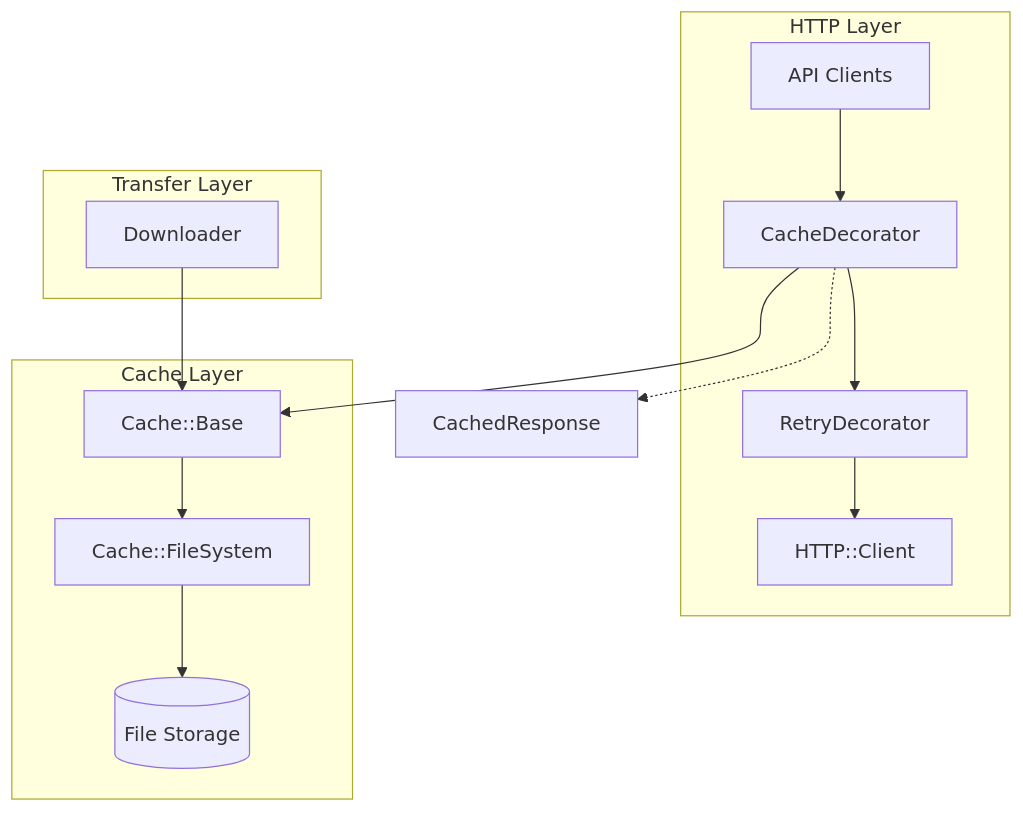
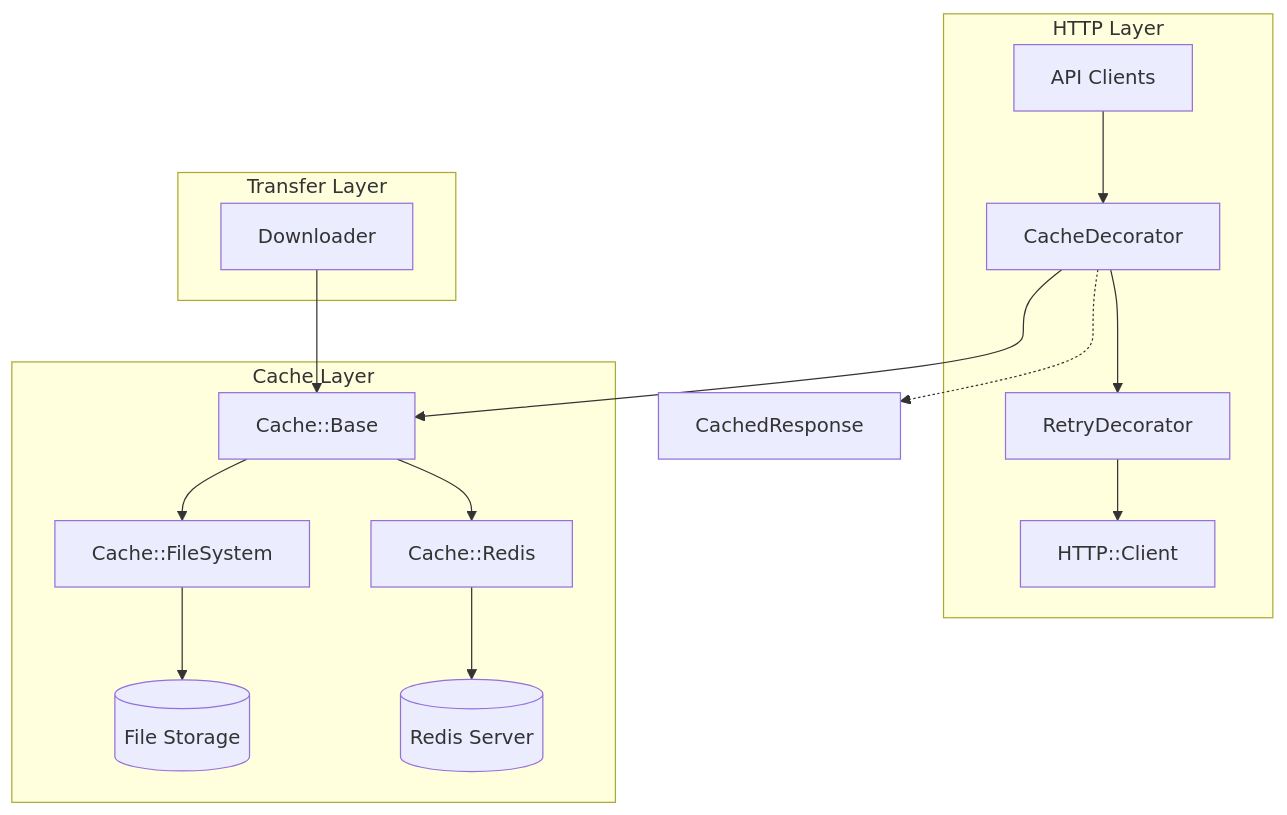
One commit to sakuro/factorix changed the first of 2 diagrams in doc/components/cache.md. Above: the diagram before and after it, drawn with Mermaid. The commit also changed other lines of this file and 8 other files, not shown here.

First line of the commit message:
:sparkles: Add Redis cache backend with distributed locking

````diff
--- a/doc/components/cache.md
+++ b/doc/components/cache.md
@@ -23,20 +23,22 @@
 ```mermaid
 graph TD
     subgraph "HTTP Layer"
         API[API Clients] --> CacheDecorator
         CacheDecorator --> RetryDecorator
         RetryDecorator --> Client[HTTP::Client]
     end
 
     subgraph "Cache Layer"
         CacheDecorator --> Base[Cache::Base]
         Base --> FileSystem[Cache::FileSystem]
+        Base --> Redis[Cache::Redis]
         FileSystem --> Storage[(File Storage)]
+        Redis --> RedisServer[(Redis Server)]
     end
 
     subgraph "Transfer Layer"
         Downloader --> Base
     end
 
     CacheDecorator -.-> CachedResponse
 ```
````
